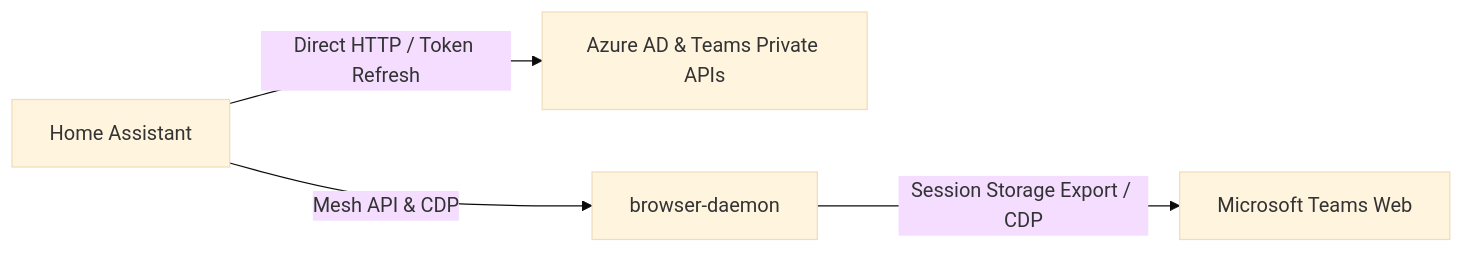
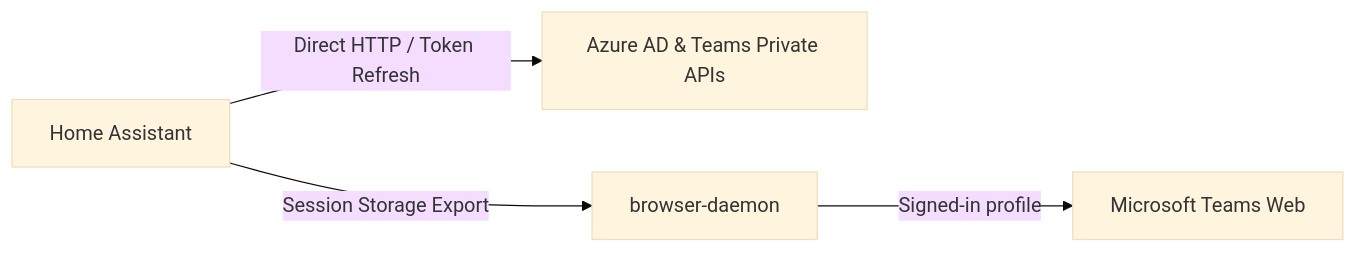
One commit to pschmitt/homeassistant-msteams changed the diagram in README.md. Above: the diagram before and after it, drawn with Mermaid (base theme). The commit also changed other lines of this file, not shown here.

Commit message:
docs: remove unsupported meeting controls

````diff
--- a/README.md
+++ b/README.md
@@ -36,6 +33,6 @@
 ```mermaid
 flowchart LR
     HA[Home Assistant] -->|Direct HTTP / Token Refresh| Azure[Azure AD & Teams Private APIs]
-    HA -->|Mesh API & CDP| BD[browser-daemon]
-    BD -->|Session Storage Export / CDP| TeamsWeb[Microsoft Teams Web]
+    HA -->|Session Storage Export| BD[browser-daemon]
+    BD -->|Signed-in profile| TeamsWeb[Microsoft Teams Web]
 ```
````
